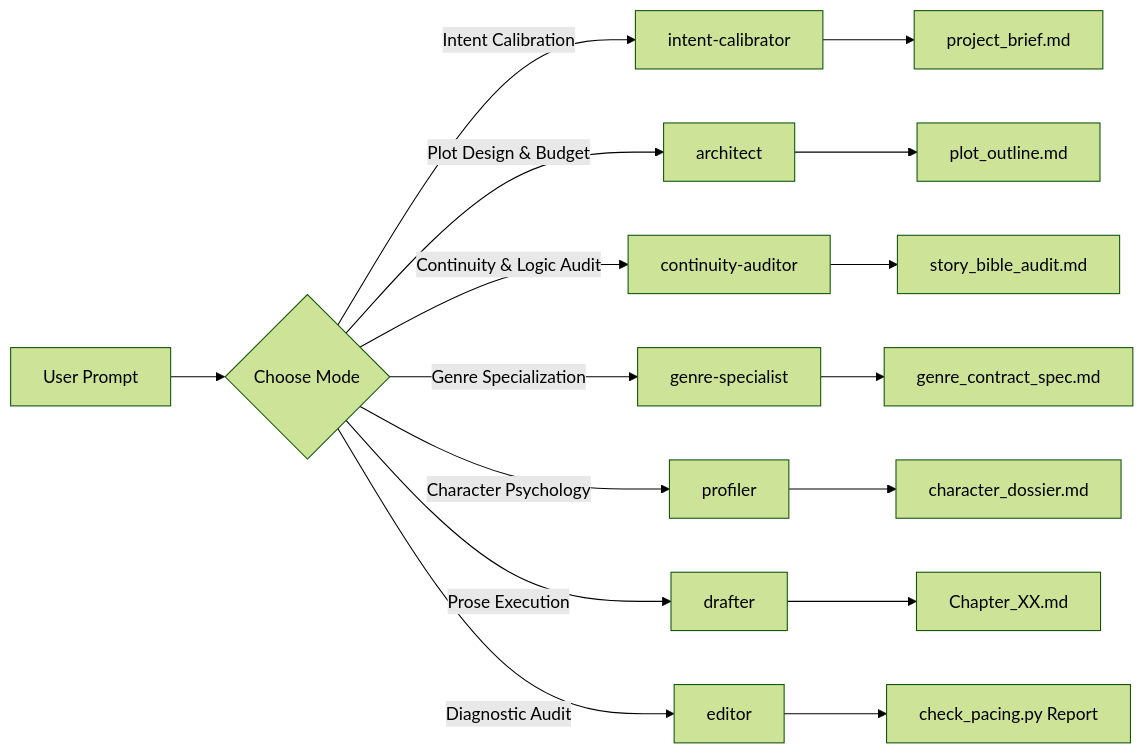
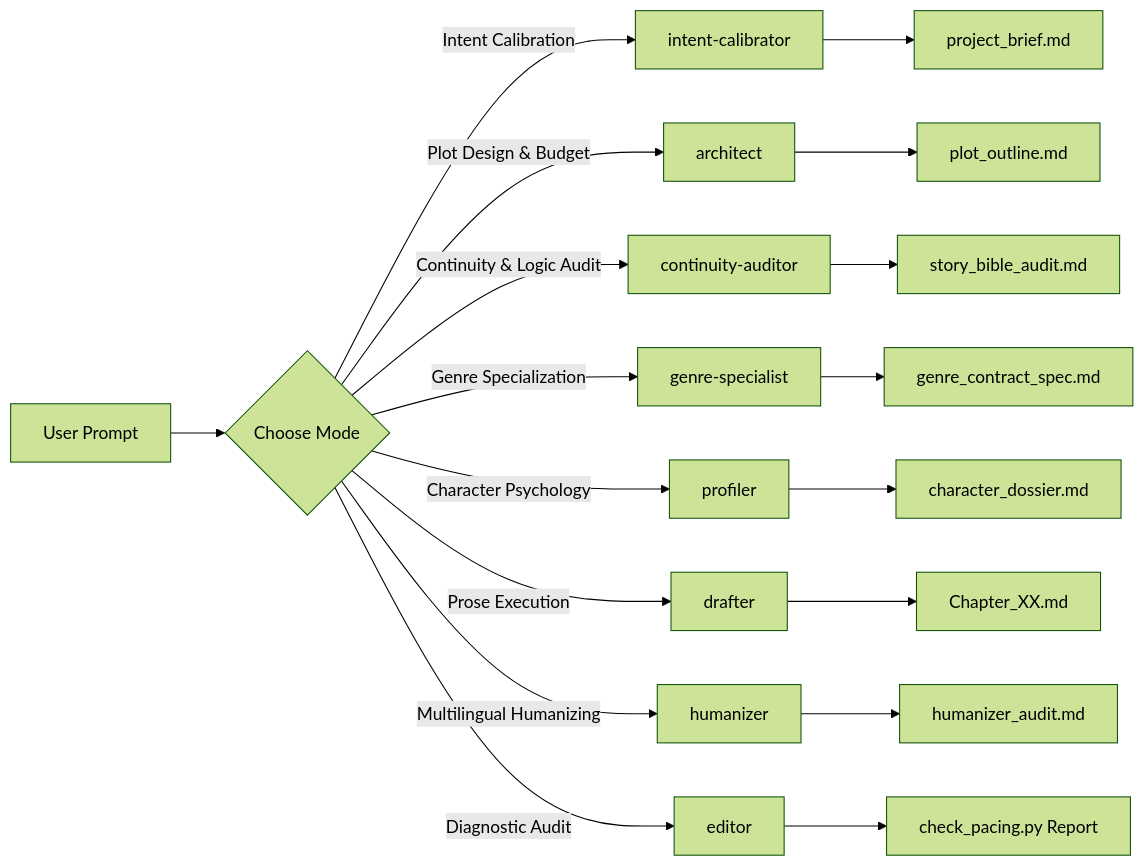
One commit to Rangga11268/novel-writing-craft-skill changed the diagram in README.md. Above: the diagram before and after it, drawn with Mermaid (forest theme). The commit also changed other lines of this file and 4 other files, not shown here.

Commit message:
feat(v2.0.0): release major Multilingual Humanizer Engine with anti-kalke dictionaries, metronome diagnostics, and 20 deep craft modules

````diff
--- a/README.md
+++ b/README.md
@@ -225,19 +251,21 @@
 ```mermaid
 flowchart LR
     A[User Prompt] --> B{Choose Mode}
     B -->|Intent Calibration| IC[intent-calibrator]
     B -->|Plot Design & Budget| C[architect]
     B -->|Continuity & Logic Audit| CA[continuity-auditor]
     B -->|Genre Specialization| D[genre-specialist]
     B -->|Character Psychology| E[profiler]
     B -->|Prose Execution| F[drafter]
+    B -->|Multilingual Humanizing| H[humanizer]
     B -->|Diagnostic Audit| G[editor]
 
     IC --> HB[project_brief.md]
-    C --> H[plot_outline.md]
+    C --> HO[plot_outline.md]
     CA --> CAL[story_bible_audit.md]
     D --> I[genre_contract_spec.md]
     E --> J[character_dossier.md]
     F --> K[Chapter_XX.md]
+    H --> HC[humanizer_audit.md]
     G --> L[check_pacing.py Report]
 ```
````
